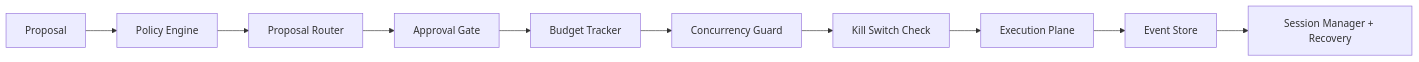
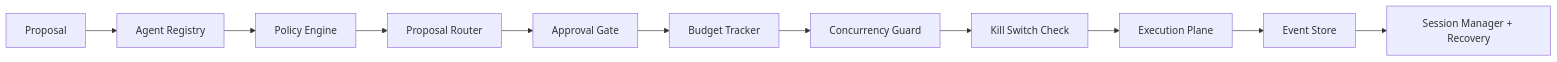
One commit to ryanwi/agent-control-plane changed the diagram in README.md. Above: the diagram before and after it, drawn with Mermaid. The commit also changed other lines of this file and 1 other file, not shown here.

Commit message:
docs: update README and architecture for v0.2 enhancements

````diff
--- a/README.md
+++ b/README.md
@@ -67,12 +67,13 @@
 ```mermaid
 flowchart LR
-  A[Proposal] --> B[Policy Engine]
-  B --> C[Proposal Router]
-  C --> D[Approval Gate]
-  D --> E[Budget Tracker]
-  E --> F[Concurrency Guard]
-  F --> G[Kill Switch Check]
-  G --> H[Execution Plane]
-  H --> I[Event Store]
-  I --> J[Session Manager + Recovery]
+  A[Proposal] --> B[Agent Registry]
+  B --> C[Policy Engine]
+  C --> D[Proposal Router]
+  D --> E[Approval Gate]
+  E --> F[Budget Tracker]
+  F --> G[Concurrency Guard]
+  G --> H[Kill Switch Check]
+  H --> I[Execution Plane]
+  I --> J[Event Store]
+  J --> K[Session Manager + Recovery]
 ```
````
